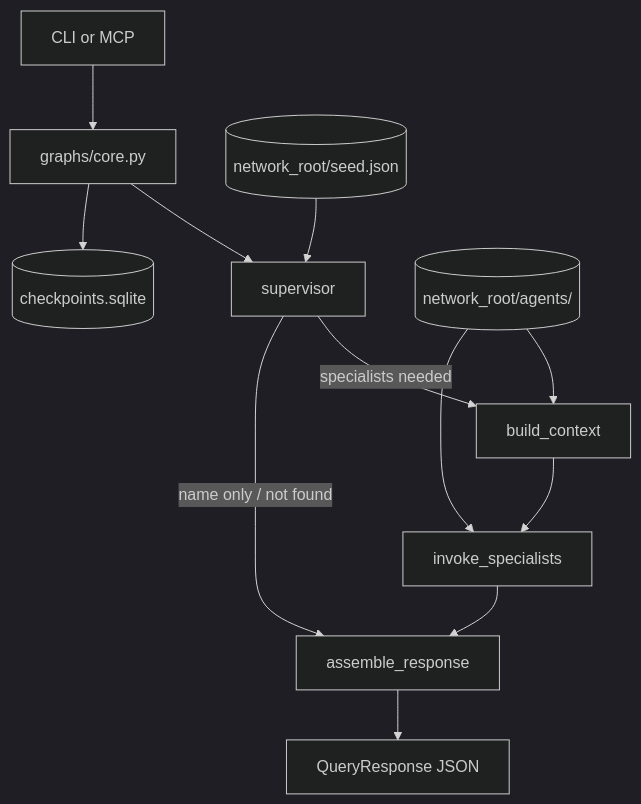
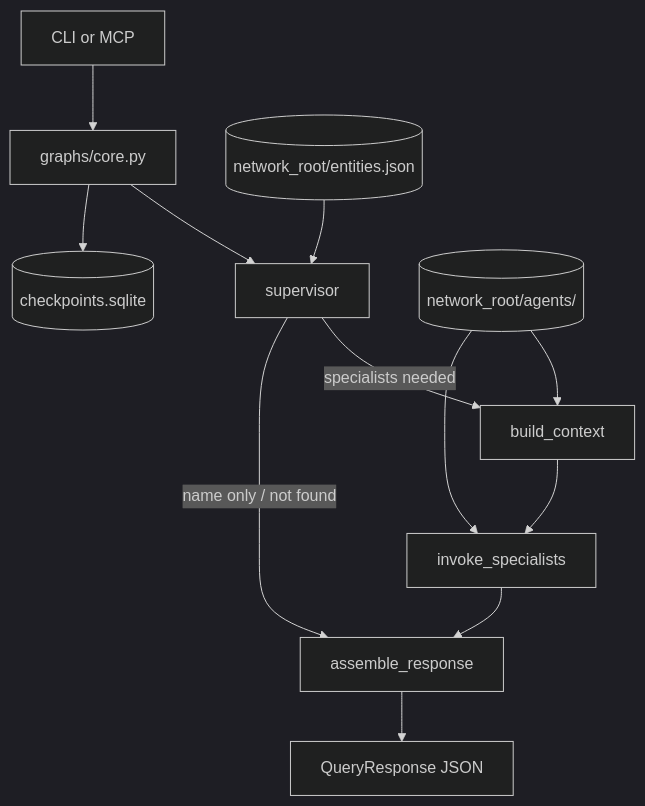
One commit to myceliumdata/mycelium changed the diagram in README.md. Above: the diagram before and after it, drawn with Mermaid (dark theme). The commit also changed other lines of this file and 62 other files, not shown here.

````diff
--- a/README.md
+++ b/README.md
@@ -314,14 +316,14 @@
 ```mermaid
 flowchart TD
     Client[CLI or MCP] --> Graph[graphs/core.py]
     Graph --> S[supervisor]
     S -->|specialists needed| BC[build_context]
     BC --> INV[invoke_specialists]
     INV --> ASM[assemble_response]
     S -->|name only / not found| ASM
     ASM --> RES[QueryResponse JSON]
     Graph --> CP[(checkpoints.sqlite)]
-    Seed[(network_root/seed.json)] --> S
+    Entities[(network_root/entities.json)] --> S
     Store[(network_root/agents/)] --> BC
     Store --> INV
 ```
````
